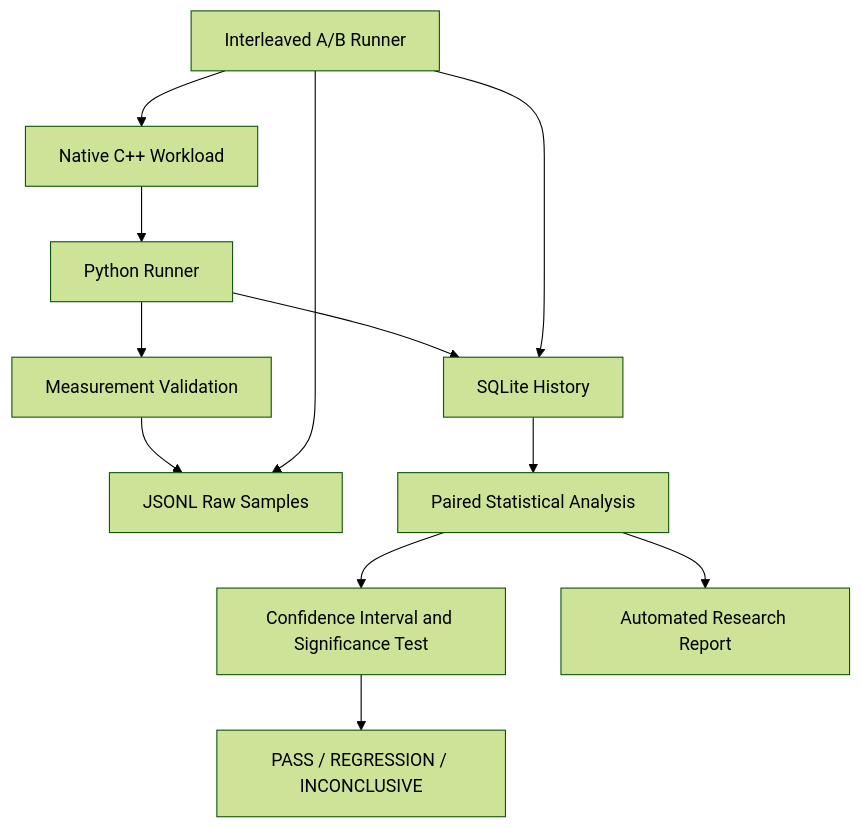
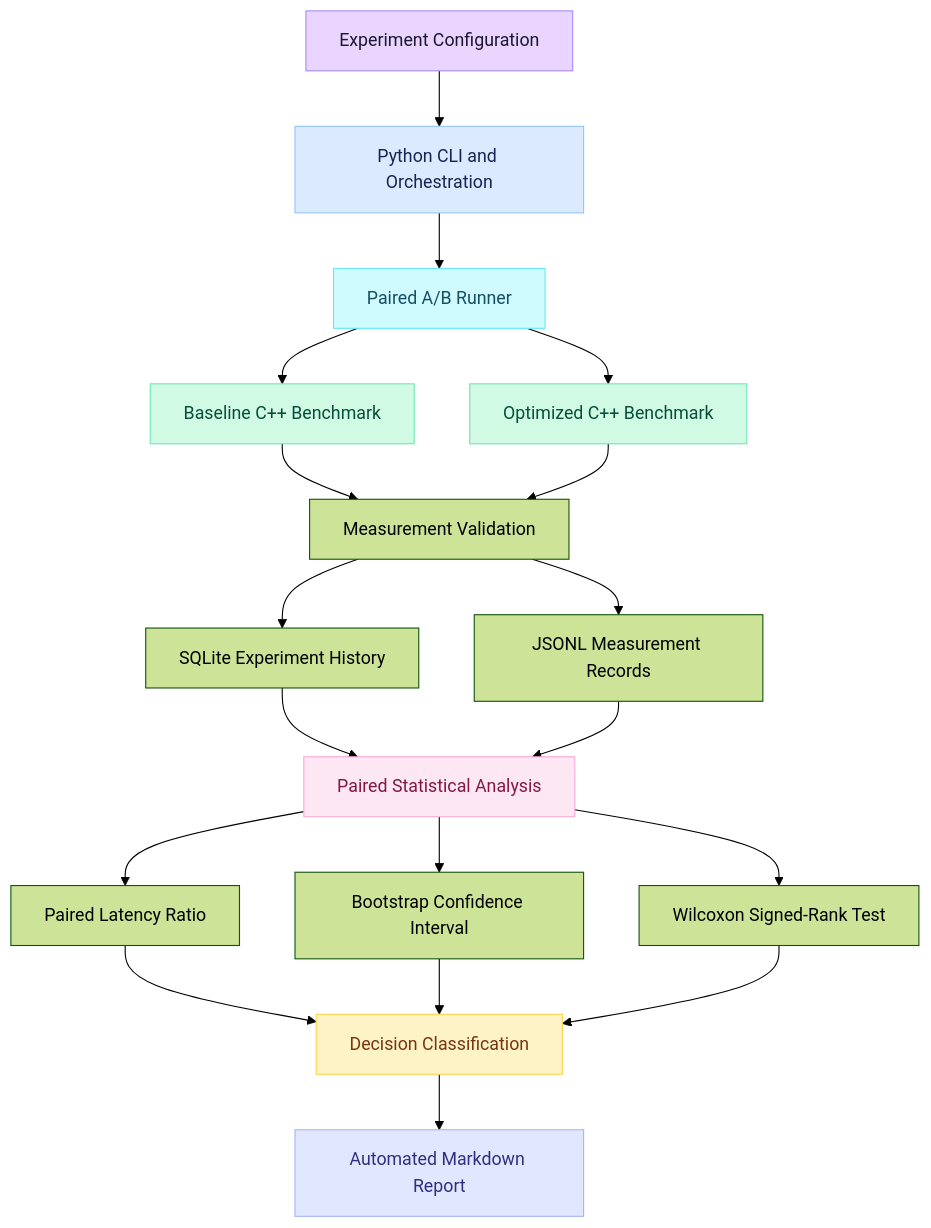
Before and after one commit to gavneet0030/BenchForge: the first of 2 diagrams in README.md, drawn with Mermaid (forest theme). The commit also changed other lines of this file, not shown here.

````diff
--- a/README.md
+++ b/README.md
@@ -56,14 +157,36 @@
 ```mermaid
 flowchart TD
-    A[Native C++ Workload] --> B[Python Runner]
-    B --> C[Measurement Validation]
-    C --> D[JSONL Raw Samples]
-    B --> E[SQLite History]
-    F[Interleaved A/B Runner] --> A
-    F --> D
-    F --> E
-    E --> G[Paired Statistical Analysis]
-    G --> H[Confidence Interval and Significance Test]
-    H --> I[PASS / REGRESSION / INCONCLUSIVE]
-    G --> J[Automated Research Report]
+    A["Experiment Configuration"] --> B["Python CLI and Orchestration"]
+    B --> C["Paired A/B Runner"]
+
+    C --> D["Baseline C++ Benchmark"]
+    C --> E["Optimized C++ Benchmark"]
+
+    D --> F["Measurement Validation"]
+    E --> F
+
+    F --> G["JSONL Measurement Records"]
+    F --> H["SQLite Experiment History"]
+
+    H --> I["Paired Statistical Analysis"]
+    G --> I
+
+    I --> J["Paired Latency Ratio"]
+    I --> K["Bootstrap Confidence Interval"]
+    I --> L["Wilcoxon Signed-Rank Test"]
+
+    J --> M["Decision Classification"]
+    K --> M
+    L --> M
+
+    M --> N["Automated Markdown Report"]
+
+    style A fill:#e9d5ff,stroke:#a78bfa,color:#1f1630
+    style B fill:#dbeafe,stroke:#93c5fd,color:#172554
+    style C fill:#cffafe,stroke:#67e8f9,color:#164e63
+    style D fill:#d1fae5,stroke:#6ee7b7,color:#064e3b
+    style E fill:#d1fae5,stroke:#6ee7b7,color:#064e3b
+    style I fill:#fce7f3,stroke:#f9a8d4,color:#831843
+    style M fill:#fef3c7,stroke:#fcd34d,color:#78350f
+    style N fill:#e0e7ff,stroke:#a5b4fc,color:#312e81
 ```
````
